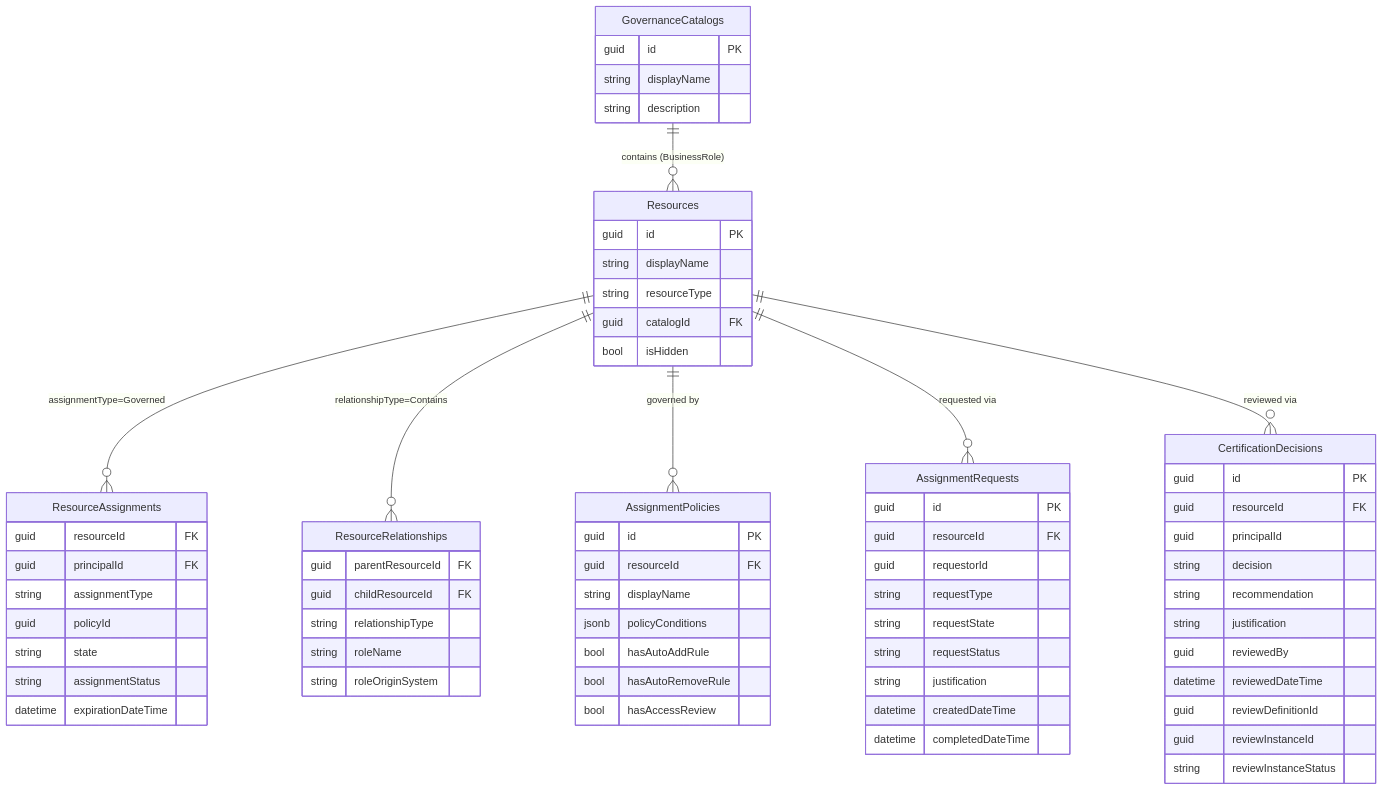
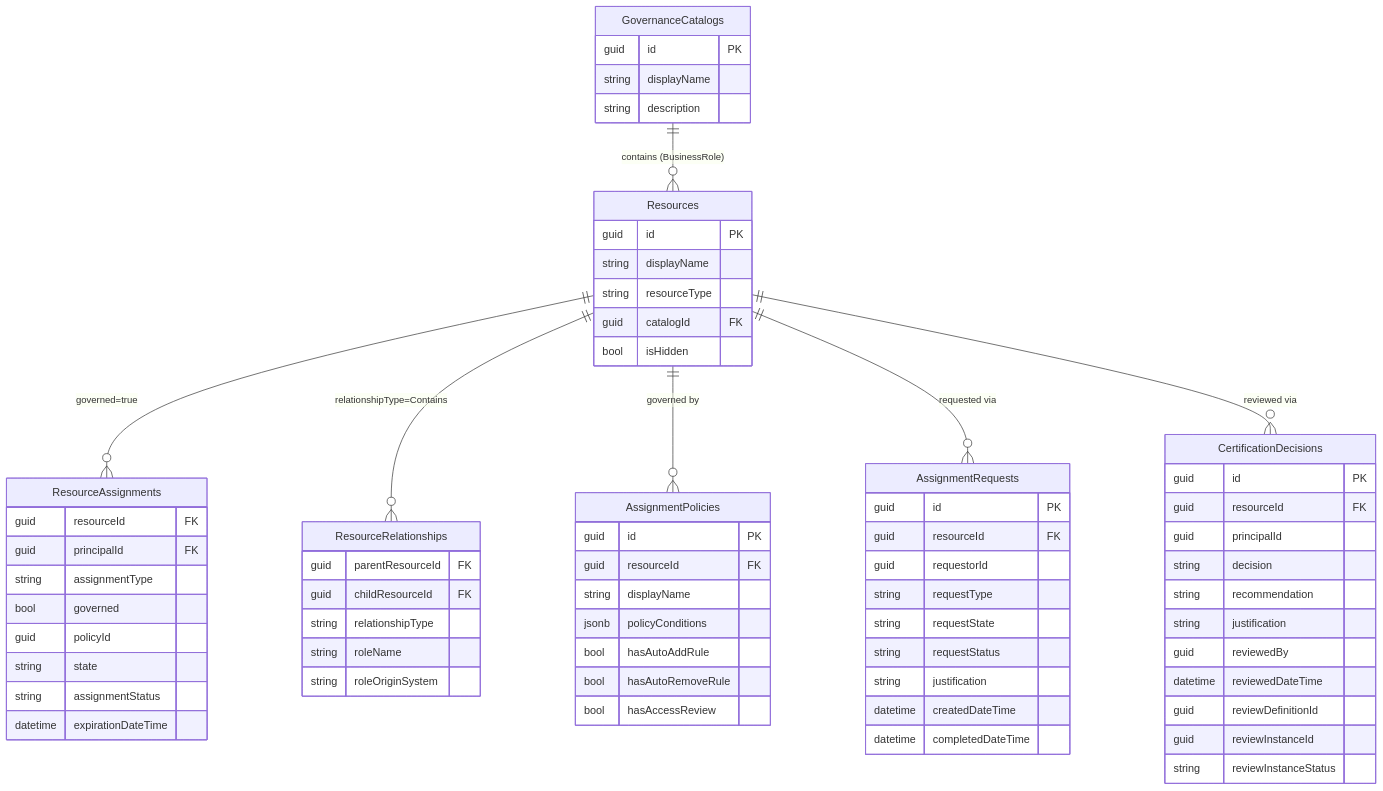
The first of 2 diagrams in docs/concepts/governance-model.md (Fortigi/IdentityAtlas), drawn with Mermaid before and after one commit. The commit also changed other lines of this file and 28 other files, not shown here.

````diff
--- a/docs/concepts/governance-model.md
+++ b/docs/concepts/governance-model.md
@@ -26,71 +26,72 @@
 ```mermaid
 erDiagram
     GovernanceCatalogs {
         guid id PK
         string displayName
         string description
     }
     Resources {
         guid id PK
         string displayName
         string resourceType
         guid catalogId FK
         bool isHidden
     }
     ResourceAssignments {
         guid resourceId FK
         guid principalId FK
         string assignmentType
+        bool governed
         guid policyId
         string state
         string assignmentStatus
         datetime expirationDateTime
     }
     ResourceRelationships {
         guid parentResourceId FK
         guid childResourceId FK
         string relationshipType
         string roleName
         string roleOriginSystem
     }
     AssignmentPolicies {
         guid id PK
         guid resourceId FK
         string displayName
         jsonb policyConditions
         bool hasAutoAddRule
         bool hasAutoRemoveRule
         bool hasAccessReview
     }
     AssignmentRequests {
         guid id PK
         guid resourceId FK
         guid requestorId
         string requestType
         string requestState
         string requestStatus
         string justification
         datetime createdDateTime
         datetime completedDateTime
     }
     CertificationDecisions {
         guid id PK
         guid resourceId FK
         guid principalId
         string decision
         string recommendation
         string justification
         guid reviewedBy
         datetime reviewedDateTime
         guid reviewDefinitionId
         guid reviewInstanceId
         string reviewInstanceStatus
     }
 
     GovernanceCatalogs ||--o{ Resources : "contains (BusinessRole)"
-    Resources ||--o{ ResourceAssignments : "assignmentType=Governed"
+    Resources ||--o{ ResourceAssignments : "governed=true"
     Resources ||--o{ ResourceRelationships : "relationshipType=Contains"
     Resources ||--o{ AssignmentPolicies : "governed by"
     Resources ||--o{ AssignmentRequests : "requested via"
     Resources ||--o{ CertificationDecisions : "reviewed via"
 ```
````
